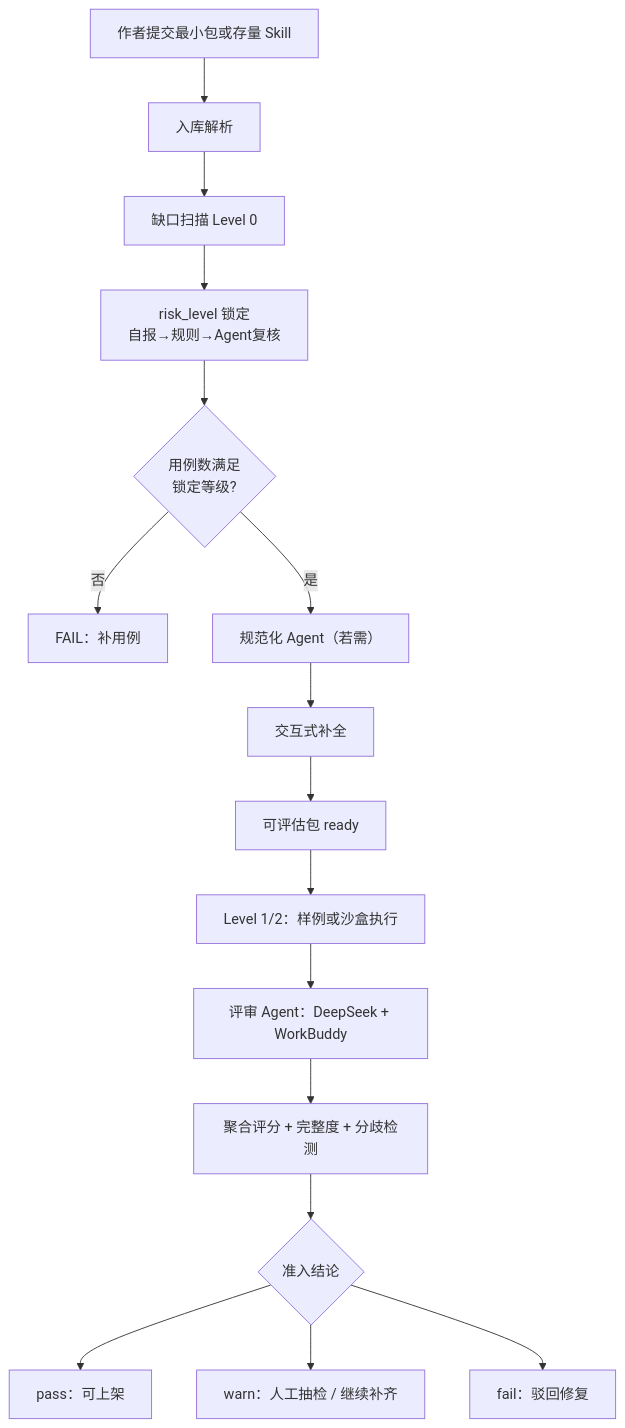
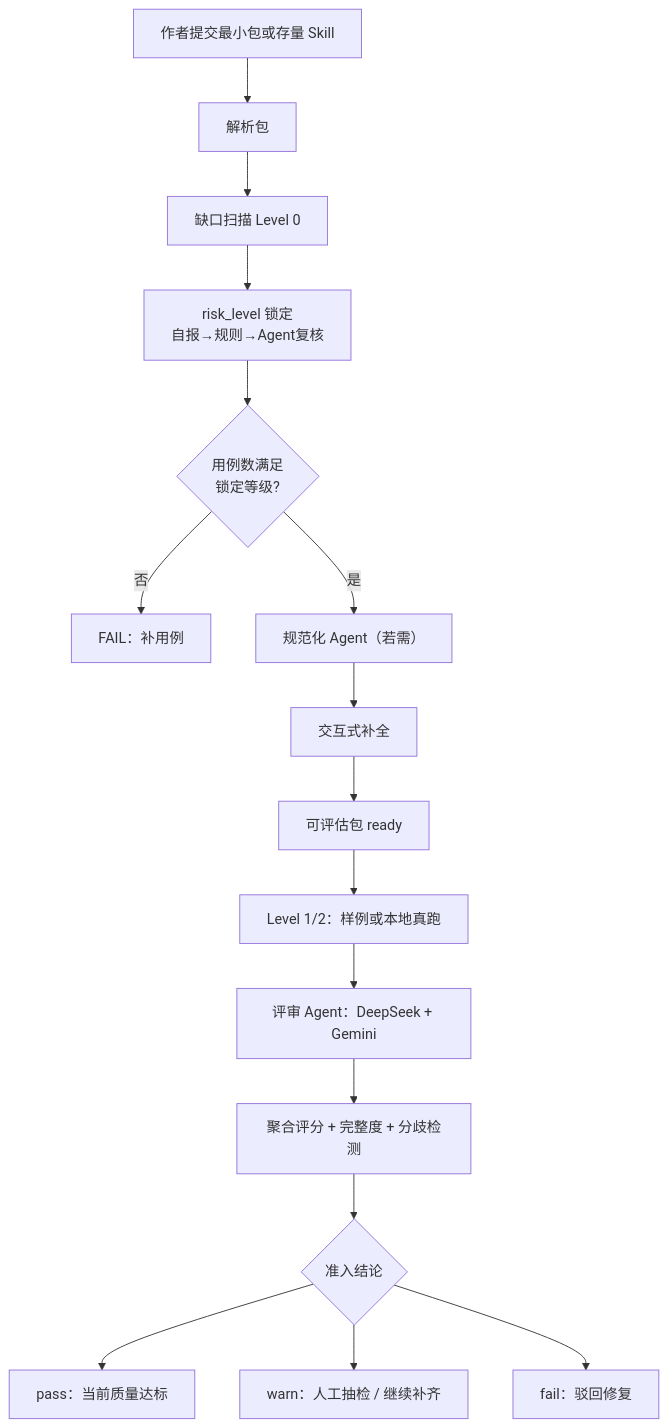
Before and after one commit to NathanZhou1225/Skillhub_eval: the diagram in docs/specs/Skill元数据定义与编写规范.md, drawn with Mermaid. The commit also changed other lines of this file and 76 other files, not shown here.

````diff
--- a/docs/specs/Skill元数据定义与编写规范.md
+++ b/docs/specs/Skill元数据定义与编写规范.md
@@ -538,18 +530,18 @@
 ```mermaid
 flowchart TD
-  submit["作者提交最小包或存量 Skill"] --> ingest["入库解析"]
+  submit["作者提交最小包或存量 Skill"] --> ingest["解析包"]
   ingest --> gapScan["缺口扫描 Level 0"]
   gapScan --> riskLock["risk_level 锁定\n自报→规则→Agent复核"]
   riskLock --> caseCheck{"用例数满足\n锁定等级?"}
   caseCheck -->|否| failEarly["FAIL：补用例"]
   caseCheck -->|是| normAgent["规范化 Agent（若需）"]
   normAgent --> interactive["交互式补全"]
   interactive --> evalBundle["可评估包 ready"]
-  evalBundle --> caseRun["Level 1/2：样例或沙盒执行"]
-  caseRun --> reviewAgent["评审 Agent：DeepSeek + WorkBuddy"]
+  evalBundle --> caseRun["Level 1/2：样例或本地真跑"]
+  caseRun --> reviewAgent["评审 Agent：DeepSeek + Gemini"]
   reviewAgent --> aggregate["聚合评分 + 完整度 + 分歧检测"]
   aggregate --> decision{"准入结论"}
-  decision --> pass["pass：可上架"]
+  decision --> pass["pass：当前质量达标"]
   decision --> warn["warn：人工抽检 / 继续补齐"]
   decision --> fail["fail：驳回修复"]
 ```
````
